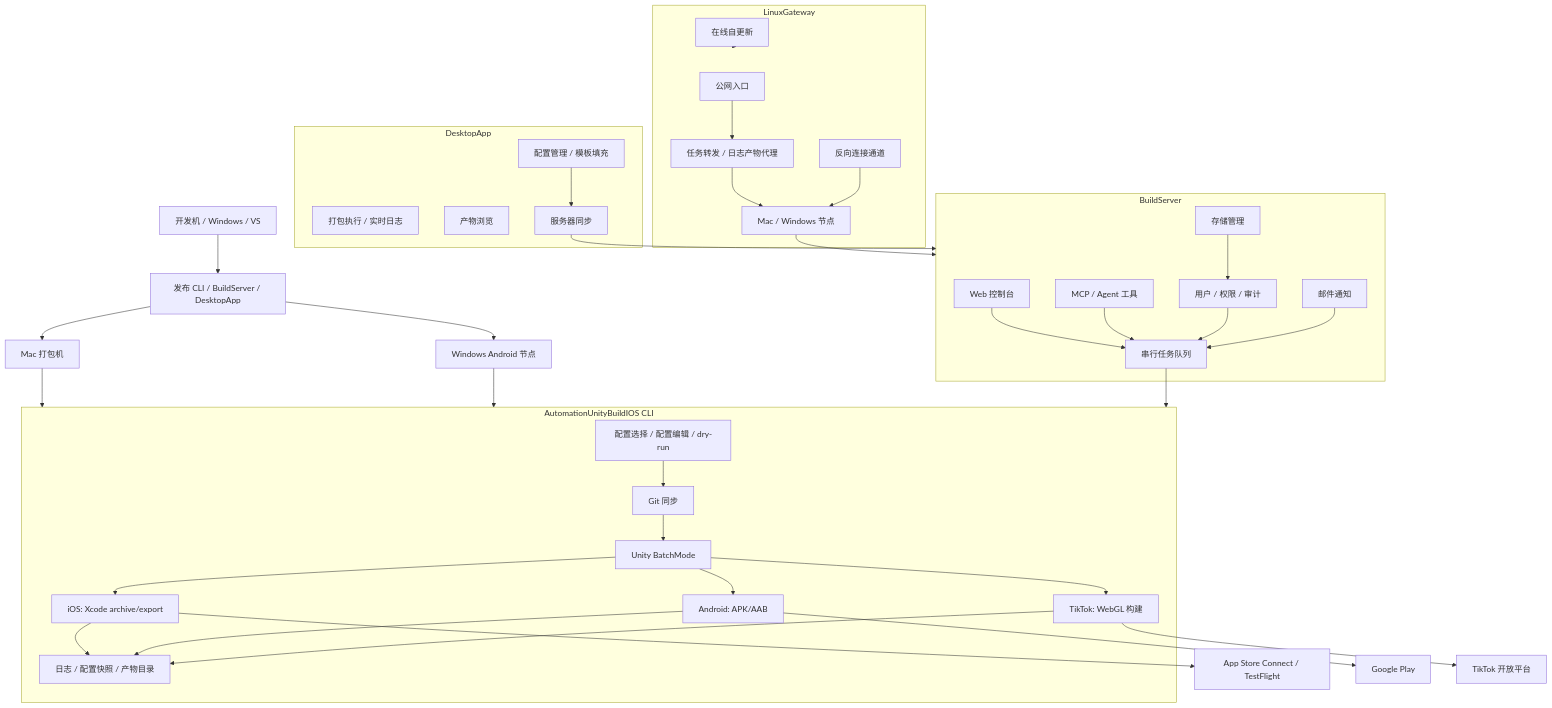
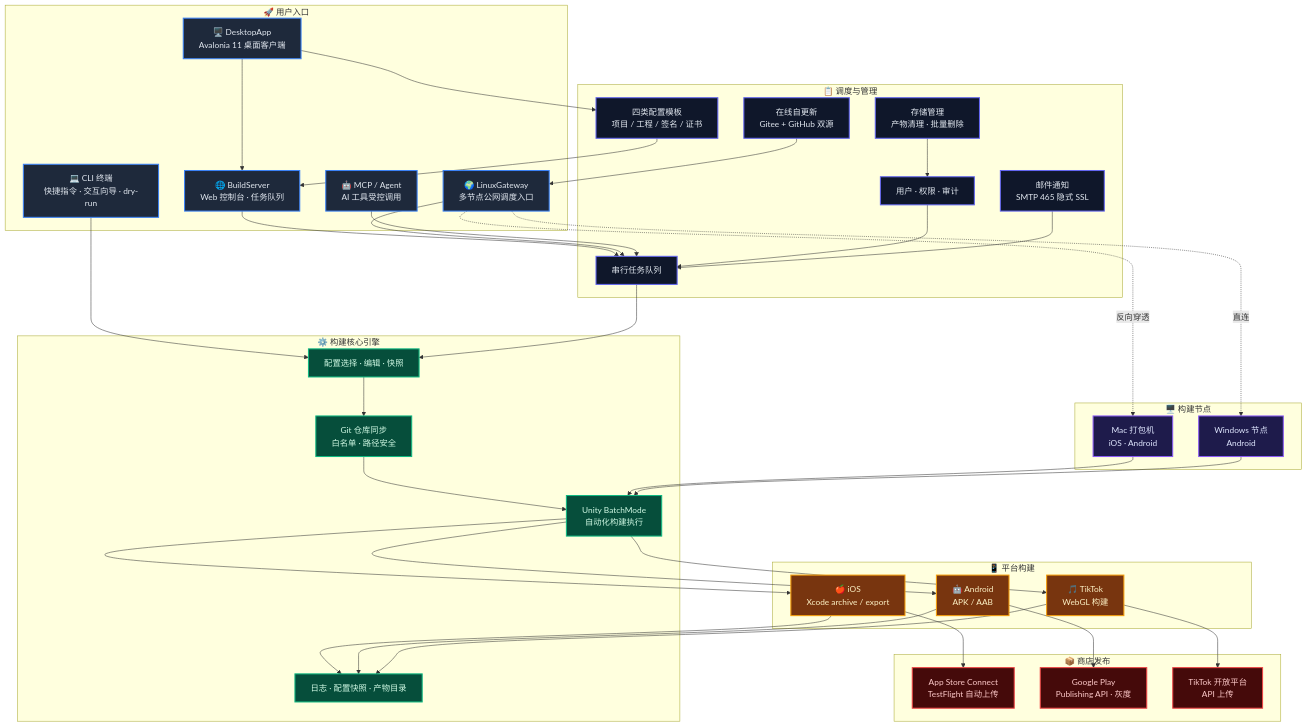
Before and after one commit to chenfengyimei/AutomationUnityBuild: the diagram in README.md, drawn with Mermaid.

Commit message:
【文档】重构整体架构图：分层设计、配色区分、虚线标注穿透连接

````diff
--- a/README.md
+++ b/README.md
@@ -137,63 +137,94 @@
 ```mermaid
 graph TB
-    Dev["开发机 / Windows / VS"] --> Publish["发布 CLI / BuildServer / DesktopApp"]
-    Publish --> Mac["Mac 打包机"]
-    Publish --> Win["Windows Android 节点"]
-
-    subgraph CLI["AutomationUnityBuildIOS CLI"]
-        Config["配置选择 / 配置编辑 / dry-run"]
-        Git["Git 同步"]
-        Unity["Unity BatchMode"]
-        Ios["iOS: Xcode archive/export"]
-        Android["Android: APK/AAB"]
-        Tiktok["TikTok: WebGL 构建"]
-        Logs["日志 / 配置快照 / 产物目录"]
+    subgraph Entry["🚀 用户入口"]
+        CLI["💻 CLI 终端<br/>快捷指令 · 交互向导 · dry-run"]
+        WebUI["🌐 BuildServer<br/>Web 控制台 · 任务队列"]
+        Desktop["🖥️ DesktopApp<br/>Avalonia 11 桌面客户端"]
+        Gateway["🌍 LinuxGateway<br/>多节点公网调度入口"]
+        Agent["🤖 MCP / Agent<br/>AI 工具受控调用"]
     end
 
-    Mac --> CLI
-    Win --> CLI
-    Config --> Git --> Unity
-    Unity --> Ios --> Logs
-    Unity --> Android --> Logs
-    Unity --> Tiktok --> Logs
-    Ios --> ASC["App Store Connect / TestFlight"]
-    Android --> GP["Google Play"]
-    Tiktok --> TT["TikTok 开放平台"]
-
-    subgraph Web["BuildServer"]
-        UI["Web 控制台"]
+    subgraph Schedule["📋 调度与管理"]
         Queue["串行任务队列"]
-        Audit["用户 / 权限 / 审计"]
-        Email["邮件通知"]
-        Storage["存储管理"]
-        MCP["MCP / Agent 工具"]
+        Auth["用户 · 权限 · 审计"]
+        Email["邮件通知<br/>SMTP 465 隐式 SSL"]
+        Storage["存储管理<br/>产物清理 · 批量删除"]
+        Templates["四类配置模板<br/>项目 / 工程 / 签名 / 证书"]
+        AutoUpdate["在线自更新<br/>Gitee + GitHub 双源"]
     end
 
-    UI --> Queue --> CLI
-    MCP --> Queue
-    Audit --> Queue
-    Email --> Queue
-    Storage --> Audit
-
-    subgraph Desktop["DesktopApp"]
-        DConfig["配置管理 / 模板填充"]
-        DBuild["打包执行 / 实时日志"]
-        DArtifacts["产物浏览"]
-        DSync["服务器同步"]
+    subgraph Engine["⚙️ 构建核心引擎"]
+        Config["配置选择 · 编辑 · 快照"]
+        GitSync["Git 仓库同步<br/>白名单 · 路径安全"]
+        Unity["Unity BatchMode<br/>自动化构建执行"]
+        Logs["日志 · 配置快照 · 产物目录"]
     end
 
-    DConfig --> DSync
-    DSync --> Web
-
-    subgraph Gateway["LinuxGateway"]
-        PublicUI["公网入口"]
-        Nodes["Mac / Windows 节点"]
-        Forward["任务转发 / 日志产物代理"]
-        Reverse["反向连接通道"]
-        Update["在线自更新"]
+    subgraph Platforms["📱 平台构建"]
+        iOS["🍎 iOS<br/>Xcode archive / export"]
+        Android["🤖 Android<br/>APK / AAB"]
+        TikTok["🎵 TikTok<br/>WebGL 构建"]
     end
 
-    PublicUI --> Forward --> Nodes --> Web
-    Reverse --> Nodes
-    Update --> Gateway
+    subgraph Stores["📦 商店发布"]
+        ASC["App Store Connect<br/>TestFlight 自动上传"]
+        GP["Google Play<br/>Publishing API · 灰度"]
+        TT["TikTok 开放平台<br/>API 上传"]
+    end
+
+    subgraph BuildNodes["🖥️ 构建节点"]
+        Mac["Mac 打包机<br/>iOS · Android"]
+        Win["Windows 节点<br/>Android"]
+    end
+
+    %% ── 入口 → 调度/引擎 ──
+    CLI --> Config
+    WebUI --> Queue
+    Desktop --> Templates
+    Desktop --> WebUI
+    Gateway --> Queue
+    Agent --> Queue
+
+    %% ── 调度内部 ──
+    Queue --> Config
+    Auth --> Queue
+    Email --> Queue
+    Storage --> Auth
+    Templates --> WebUI
+    AutoUpdate --> Gateway
+
+    %% ── 构建流程 ──
+    Config --> GitSync --> Unity
+    Unity --> iOS
+    Unity --> Android
+    Unity --> TikTok
+
+    iOS --> Logs
+    Android --> Logs
+    TikTok --> Logs
+
+    %% ── 商店发布 ──
+    iOS --> ASC
+    Android --> GP
+    TikTok --> TT
+
+    %% ── 构建节点 ──
+    Mac --> Unity
+    Win --> Unity
+    Gateway -.->|"反向穿透"| Mac
+    Gateway -.->|"直连"| Win
+
+    classDef entry fill:#1e293b,stroke:#3b82f6,stroke-width:2px,color:#e2e8f0
+    classDef schedule fill:#0f172a,stroke:#6366f1,stroke-width:2px,color:#e2e8f0
+    classDef engine fill:#064e3b,stroke:#10b981,stroke-width:2px,color:#d1fae5
+    classDef platform fill:#78350f,stroke:#f59e0b,stroke-width:2px,color:#fef3c7
+    classDef store fill:#450a0a,stroke:#ef4444,stroke-width:2px,color:#fecaca
+    classDef buildnode fill:#1e1b4b,stroke:#8b5cf6,stroke-width:2px,color:#e0e7ff
+
+    class CLI,WebUI,Desktop,Gateway,Agent entry
+    class Queue,Auth,Email,Storage,Templates,AutoUpdate schedule
+    class Config,GitSync,Unity,Logs engine
+    class iOS,Android,TikTok platform
+    class ASC,GP,TT store
+    class Mac,Win buildnode
 ```
````
